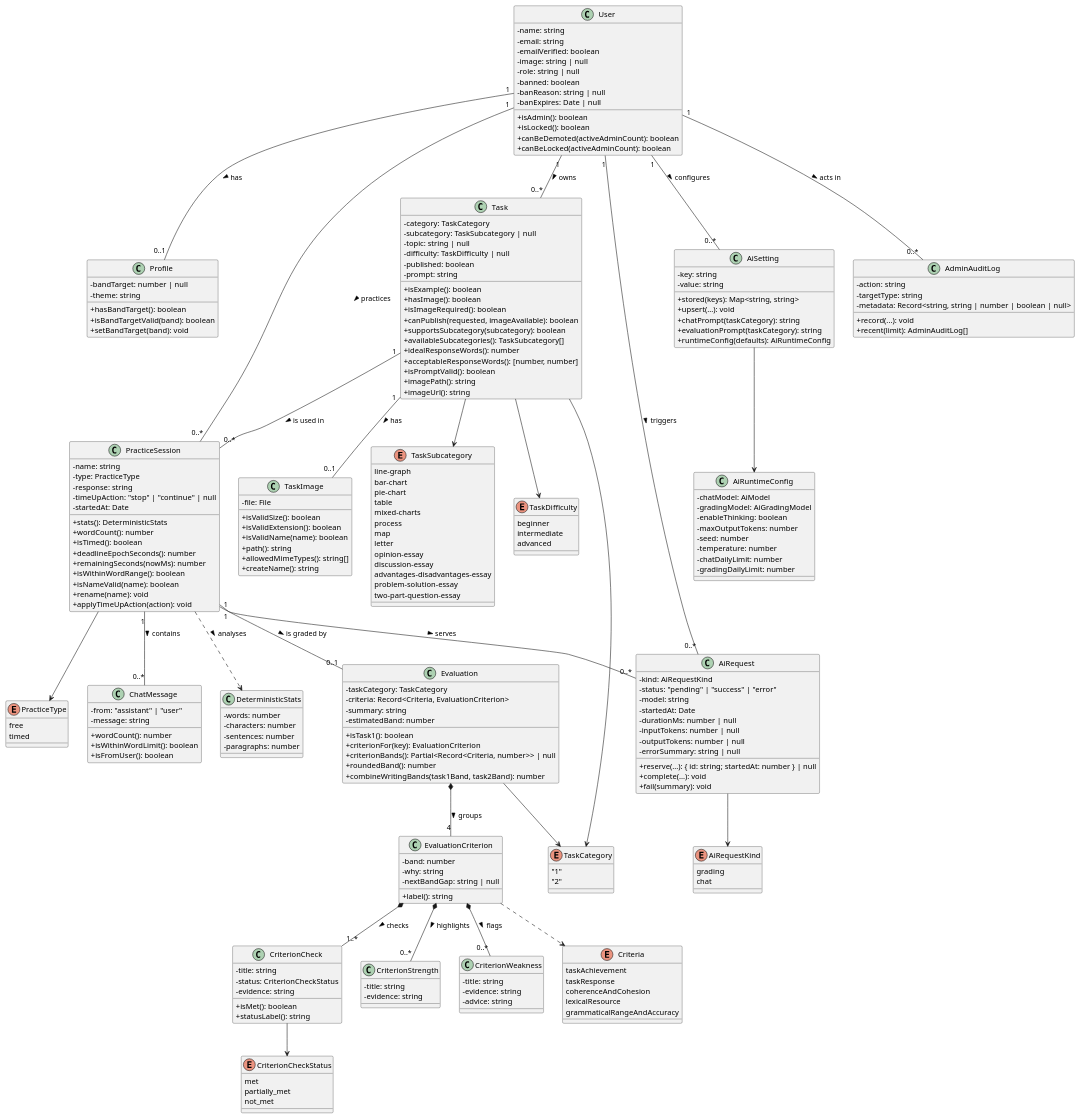
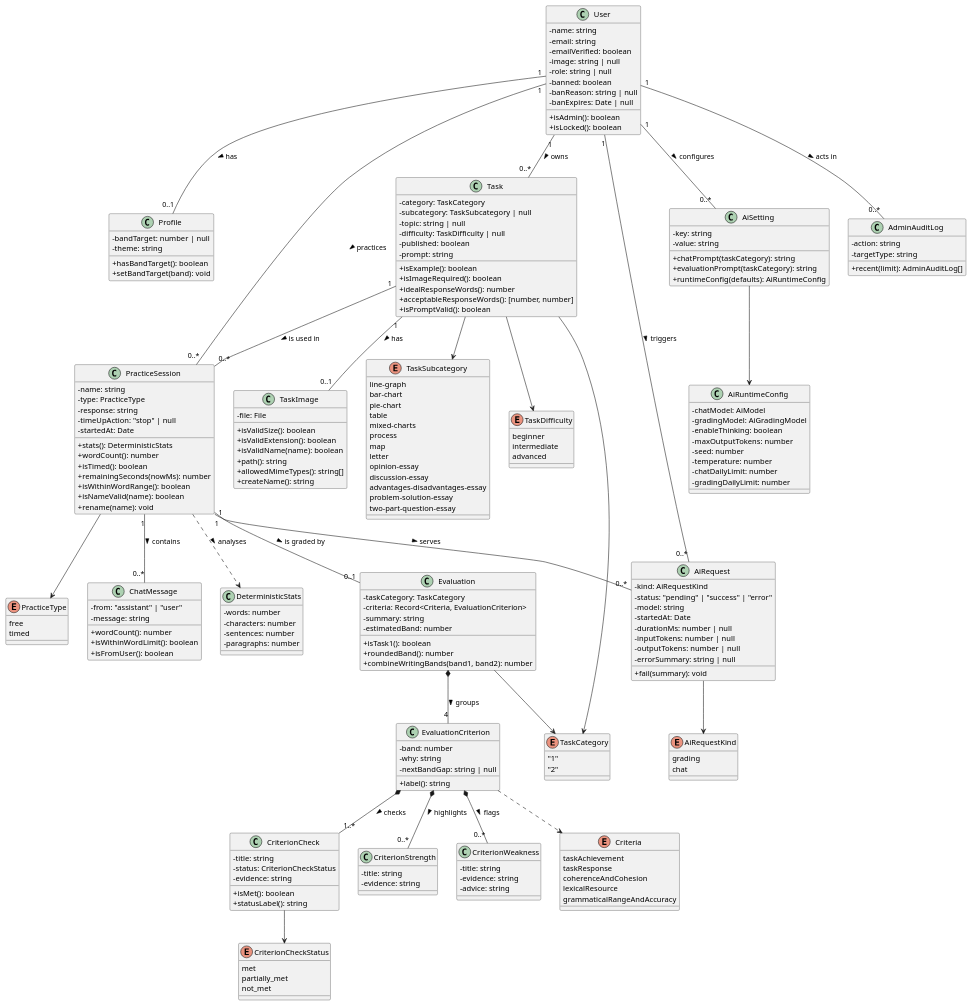
The diagram in docs/class-diagram.puml (ielts-writing-org/ielts-fullstack), drawn with PlantUML before and after one commit. The commit also changed 1 other file, not shown here.

Commit message:
docs(diagrams): update deployment and class diagrams
Update architectural diagrams to reflect recent changes in deployment
topology and domain model refactoring.

- Adjust deployment diagram layout and relationship directions for
  better clarity between SPA, app, and assets.
- Simplify class diagram by removing methods and properties that were
  moved to domain models or refactored during the recent migration.
- Align class definitions with the new domain-driven structure.

```diff
--- a/docs/class-diagram.puml
+++ b/docs/class-diagram.puml
@@ -21,15 +21,12 @@
 	-banExpires: Date | null
 	+isAdmin(): boolean
 	+isLocked(): boolean
-	+canBeDemoted(activeAdminCount): boolean
-	+canBeLocked(activeAdminCount): boolean
 }
 
 class Profile {
 	-bandTarget: number | null
 	-theme: string
 	+hasBandTarget(): boolean
-	+isBandTargetValid(band): boolean
 	+setBandTarget(band): void
 }
 
@@ -41,33 +38,25 @@
 	-published: boolean
 	-prompt: string
 	+isExample(): boolean
-	+hasImage(): boolean
 	+isImageRequired(): boolean
-	+canPublish(requested, imageAvailable): boolean
-	+supportsSubcategory(subcategory): boolean
-	+availableSubcategories(): TaskSubcategory[]
 	+idealResponseWords(): number
 	+acceptableResponseWords(): [number, number]
 	+isPromptValid(): boolean
-	+imagePath(): string
-	+imageUrl(): string
 }
 
 class PracticeSession {
 	-name: string
 	-type: PracticeType
 	-response: string
-	-timeUpAction: "stop" | "continue" | null
+	-timeUpAction: "stop" | null
 	-startedAt: Date
 	+stats(): DeterministicStats
 	+wordCount(): number
 	+isTimed(): boolean
-	+deadlineEpochSeconds(): number
 	+remainingSeconds(nowMs): number
 	+isWithinWordRange(): boolean
 	+isNameValid(name): boolean
 	+rename(name): void
-	+applyTimeUpAction(action): void
 }
 
 class ChatMessage {
@@ -84,10 +73,8 @@
 	-summary: string
 	-estimatedBand: number
 	+isTask1(): boolean
-	+criterionFor(key): EvaluationCriterion
-	+criterionBands(): Partial<Record<Criteria, number>> | null
 	+roundedBand(): number
-	+combineWritingBands(task1Band, task2Band): number
+	+combineWritingBands(band1, band2): number
 }
 
 class EvaluationCriterion {
@@ -142,16 +129,12 @@
 	-inputTokens: number | null
 	-outputTokens: number | null
 	-errorSummary: string | null
-	+reserve(...): { id: string; startedAt: number } | null
-	+complete(...): void
 	+fail(summary): void
 }
 
 class AiSetting {
 	-key: string
 	-value: string
-	+stored(keys): Map<string, string>
-	+upsert(...): void
 	+chatPrompt(taskCategory): string
 	+evaluationPrompt(taskCategory): string
 	+runtimeConfig(defaults): AiRuntimeConfig
@@ -160,8 +143,6 @@
 class AdminAuditLog {
 	-action: string
 	-targetType: string
-	-metadata: Record<string, string | number | boolean | null>
-	+record(...): void
 	+recent(limit): AdminAuditLog[]
 }
 
```
